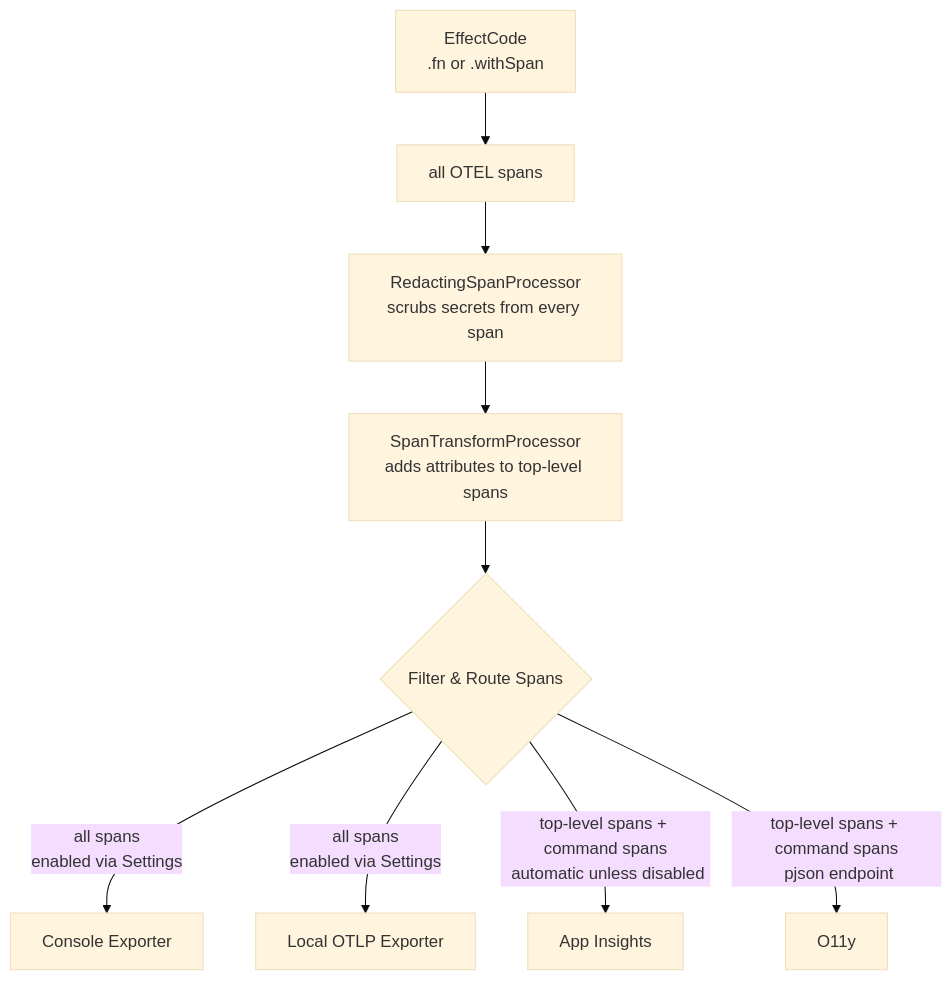
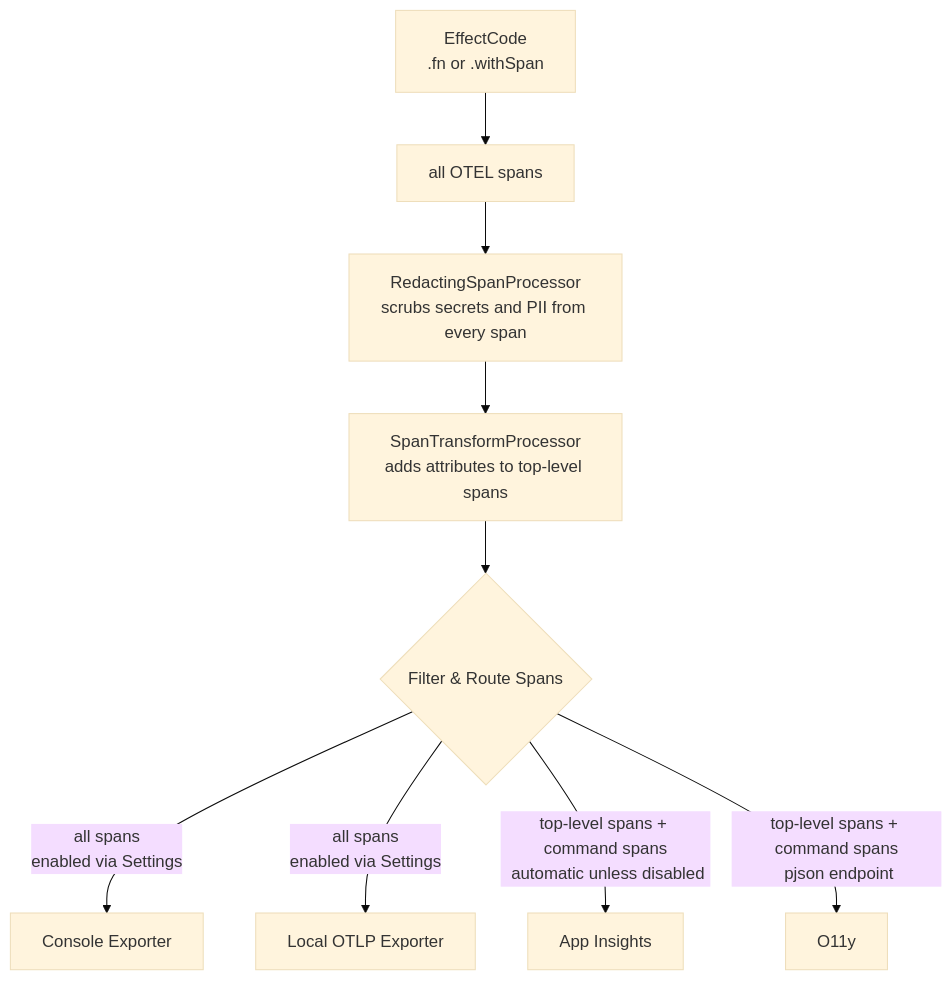
Before and after one commit to forcedotcom/salesforcedx-vscode: the diagram in packages/salesforcedx-vscode-services/src/observability/README.md, drawn with Mermaid (base theme). The commit also changed other lines of this file and 8 other files, not shown here.

````diff
--- a/packages/salesforcedx-vscode-services/src/observability/README.md
+++ b/packages/salesforcedx-vscode-services/src/observability/README.md
@@ -14,11 +14,11 @@
 ```mermaid
 flowchart TD
     A["EffectCode<br/>.fn or .withSpan"] --> B[all OTEL spans]
-    B --> R["RedactingSpanProcessor<br/>scrubs secrets from every span"]
+    B --> R["RedactingSpanProcessor<br/>scrubs secrets and PII from every span"]
     R --> C["SpanTransformProcessor<br/>adds attributes to top-level spans"]
     C --> D{Filter & Route Spans}
     D -->|all spans<br/>enabled via Settings| E[Console Exporter]
     D -->|all spans<br/>enabled via Settings| F[Local OTLP Exporter]
     D -->|top-level spans + command spans<br/> automatic unless disabled| G[App Insights]
     D -->|top-level spans + command spans<br/> pjson endpoint| H[O11y]
 ```
````
